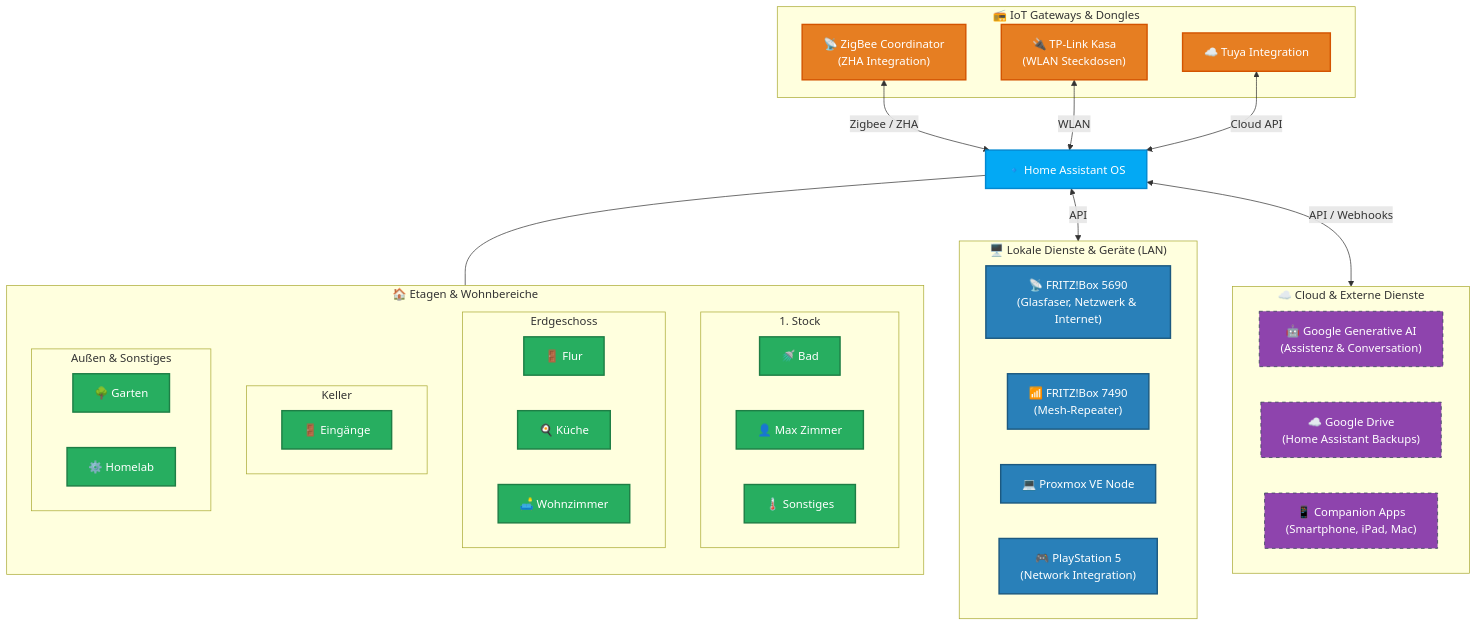
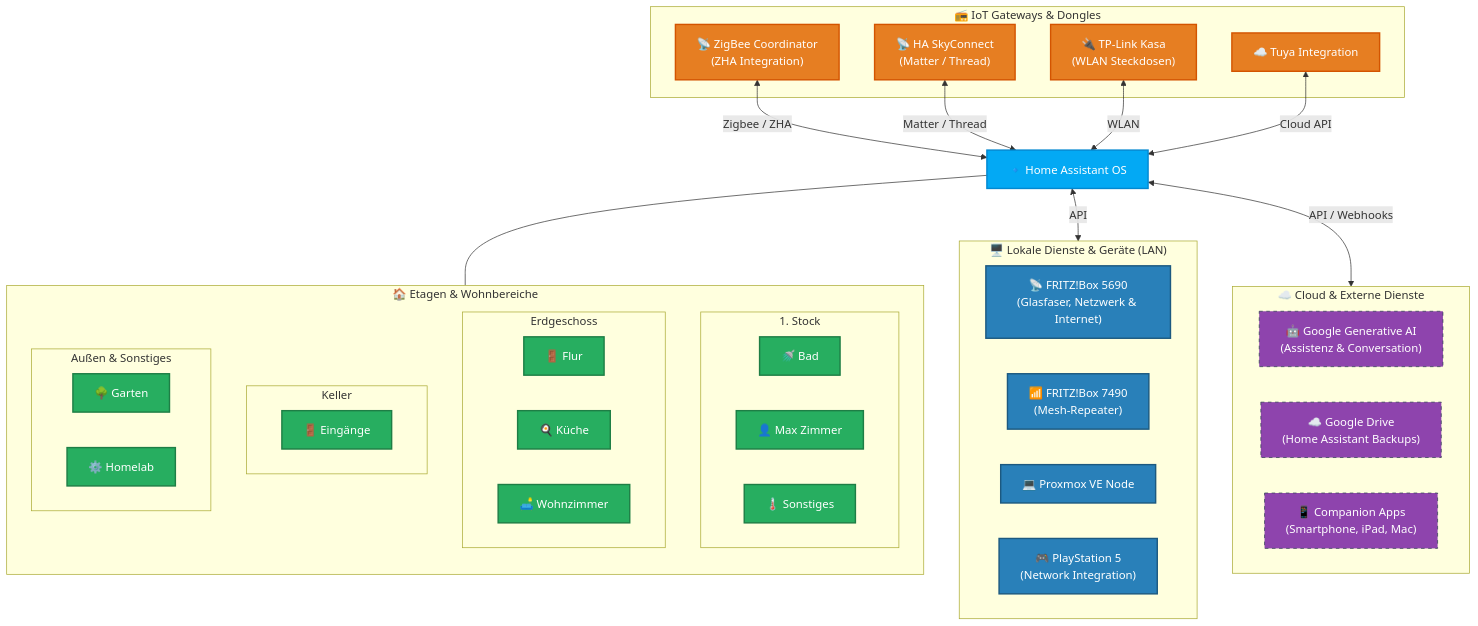
One commit to mxpfister/homelab-architecture changed the sixth of 7 diagrams in README.md. Above: the diagram before and after it, drawn with Mermaid.

Commit message:
Document SkyConnect usage for Matter/Thread in Leinach

````diff
--- a/README.md
+++ b/README.md
@@ -284,60 +284,62 @@
 ```mermaid
     graph TD
         classDef core fill:#03a9f4,stroke:#0288d1,stroke-width:2px,color:#fff;
         classDef hw fill:#e67e22,stroke:#d35400,stroke-width:2px,color:#fff;
         classDef net fill:#2980b9,stroke:#1c5980,stroke-width:2px,color:#fff;
         classDef cloud fill:#8e44ad,stroke:#2c3e50,stroke-dasharray: 5 5,color:#fff;
         classDef area fill:#27ae60,stroke:#1e7e45,stroke-width:2px,color:#fff;
     
         HA["🔹 Home Assistant OS"]:::core
     
         subgraph Floors ["🏠 Etagen & Wohnbereiche"]
             direction TB
             subgraph F_1 ["1. Stock"]
                 Bad["🚿 Bad"]:::area
                 MaxZimmer["👤 Max Zimmer"]:::area
                 Sonstiges["🌡️ Sonstiges"]:::area
             end
             subgraph F_0 ["Erdgeschoss"]
                 Flur["🚪 Flur"]:::area
                 Kueche["🍳 Küche"]:::area
                 Wohnzimmer["🛋️ Wohnzimmer"]:::area
             end
             subgraph F_K ["Keller"]
                 KellerArea["🚪 Eingänge"]:::area
             end
             subgraph F_Out ["Außen & Sonstiges"]
                 Garten["🌳 Garten"]:::area
                 HomelabArea["⚙️ Homelab"]:::area
             end
         end
 
         subgraph IoT ["📻 IoT Gateways & Dongles"]
             ZigbeeCoordinator["📡 ZigBee Coordinator<br>(ZHA Integration)"]:::hw
+            SkyConnect["📡 HA SkyConnect<br>(Matter / Thread)"]:::hw
             TP_Link["🔌 TP-Link Kasa<br>(WLAN Steckdosen)"]:::hw
             Tuya["☁️ Tuya Integration"]:::hw
         end
 
         subgraph LocalNet ["🖥️ Lokale Dienste & Geräte (LAN)"]
             FritzMain["📡 FRITZ!Box 5690<br>(Glasfaser, Netzwerk & Internet)"]:::net
             FritzMesh["📶 FRITZ!Box 7490<br>(Mesh-Repeater)"]:::net
             PVE["💻 Proxmox VE Node"]:::net
             PS5["🎮 PlayStation 5<br>(Network Integration)"]:::net
         end
 
         subgraph Cloud ["☁️ Cloud & Externe Dienste"]
             G_AI["🤖 Google Generative AI<br>(Assistenz & Conversation)"]:::cloud
             G_Drive["☁️ Google Drive<br>(Home Assistant Backups)"]:::cloud
             Mobile["📱 Companion Apps<br>(Smartphone, iPad, Mac)"]:::cloud
         end
 
         %% Verbindungen
         HA --- Floors
         
         ZigbeeCoordinator <-->|Zigbee / ZHA| HA
+        SkyConnect <-->|Matter / Thread| HA
         TP_Link <-->|WLAN| HA
         Tuya <-->|Cloud API| HA
         
         HA <-->|API| LocalNet
         HA <-->|API / Webhooks| Cloud
 ```
````
